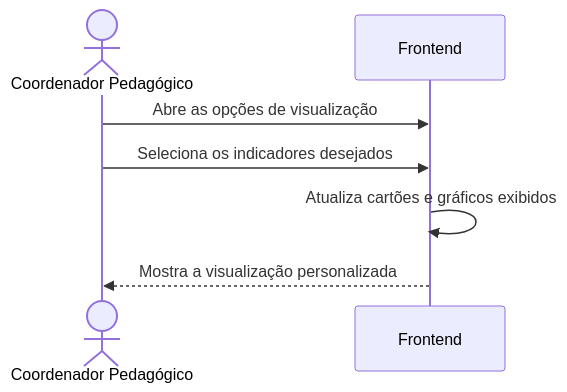
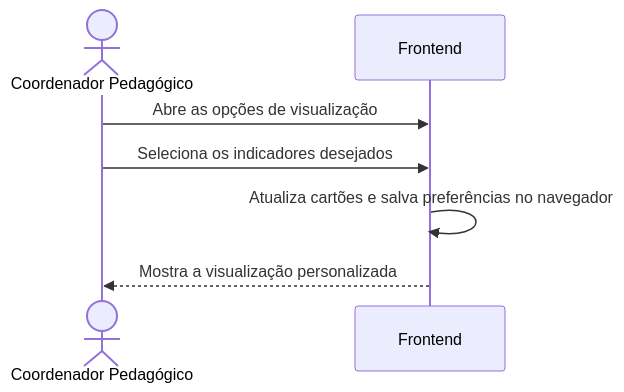
The diagram in docs/fluxos/E4-customizacao-da-visualizacao.md (VitorBergantin/pi4-0102-g9), drawn with Mermaid before and after one commit. The commit also changed other lines of this file and 6 other files, not shown here.

````diff
--- a/docs/fluxos/E4-customizacao-da-visualizacao.md
+++ b/docs/fluxos/E4-customizacao-da-visualizacao.md
@@ -14,9 +14,9 @@
 ```mermaid
 sequenceDiagram
     actor Coordenador as Coordenador Pedagógico
     participant Frontend
     Coordenador->>Frontend: Abre as opções de visualização
     Coordenador->>Frontend: Seleciona os indicadores desejados
-    Frontend->>Frontend: Atualiza cartões e gráficos exibidos
+    Frontend->>Frontend: Atualiza cartões e salva preferências no navegador
     Frontend-->>Coordenador: Mostra a visualização personalizada
 ```
````
